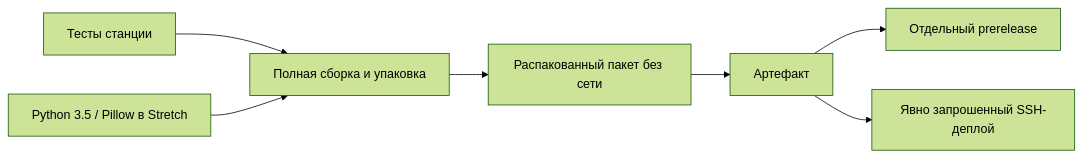
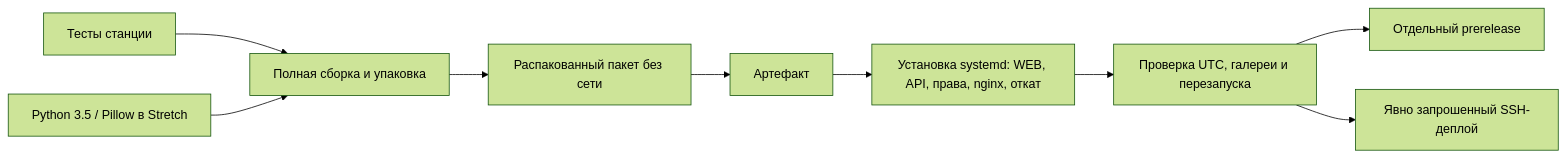
Before and after one commit to f2re/SatDump: the diagram in docs/ru/station/BUILD_RELEASE.md, drawn with Mermaid (forest theme). The commit also changed other lines of this file and 38 other files, not shown here.

````diff
--- a/docs/ru/station/BUILD_RELEASE.md
+++ b/docs/ru/station/BUILD_RELEASE.md
@@ -61,9 +61,11 @@
 ```mermaid
 flowchart LR
     T["Тесты станции"] --> P["Полная сборка и упаковка"]
     L["Python 3.5 / Pillow в Stretch"] --> P
     P --> O["Распакованный пакет без сети"]
     O --> A["Артефакт"]
-    A --> R["Отдельный prerelease"]
-    A --> D["Явно запрошенный SSH-деплой"]
+    A --> V["Установка systemd: WEB, API, права, nginx, откат"]
+    V --> S["Проверка UTC, галереи и перезапуска"]
+    S --> R["Отдельный prerelease"]
+    S --> D["Явно запрошенный SSH-деплой"]
 ```
````
